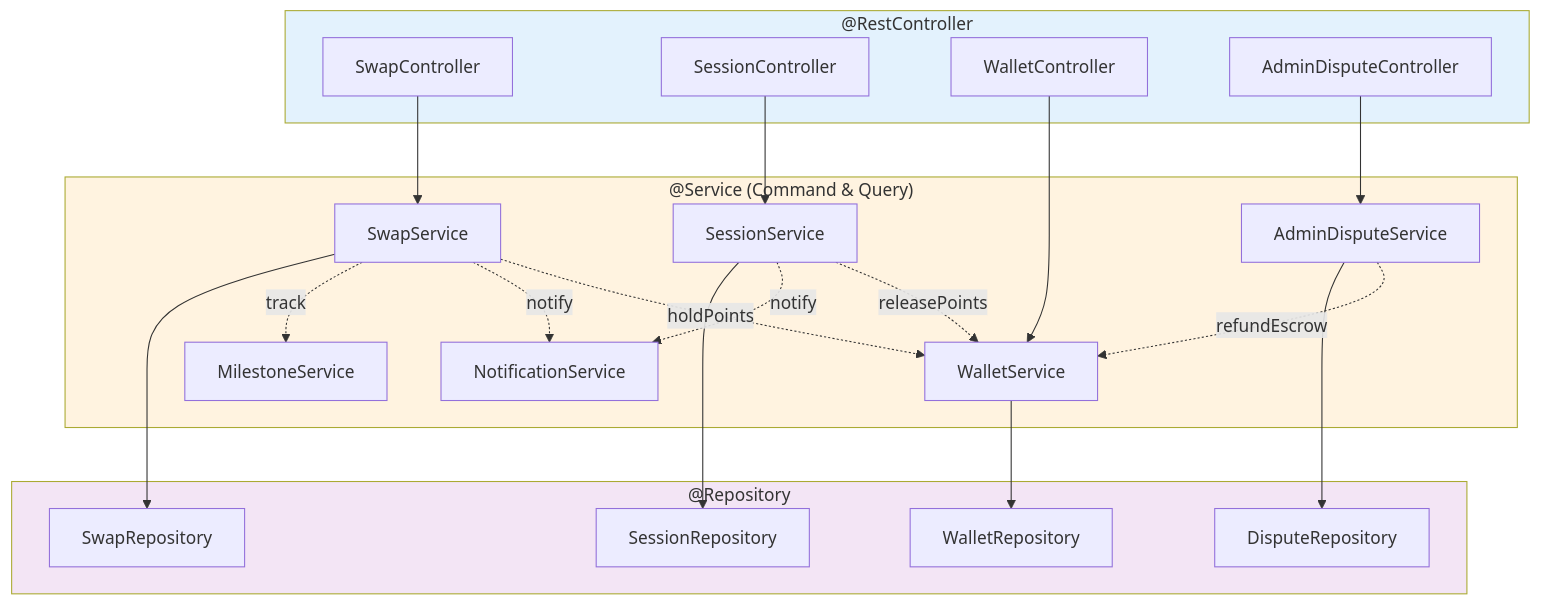
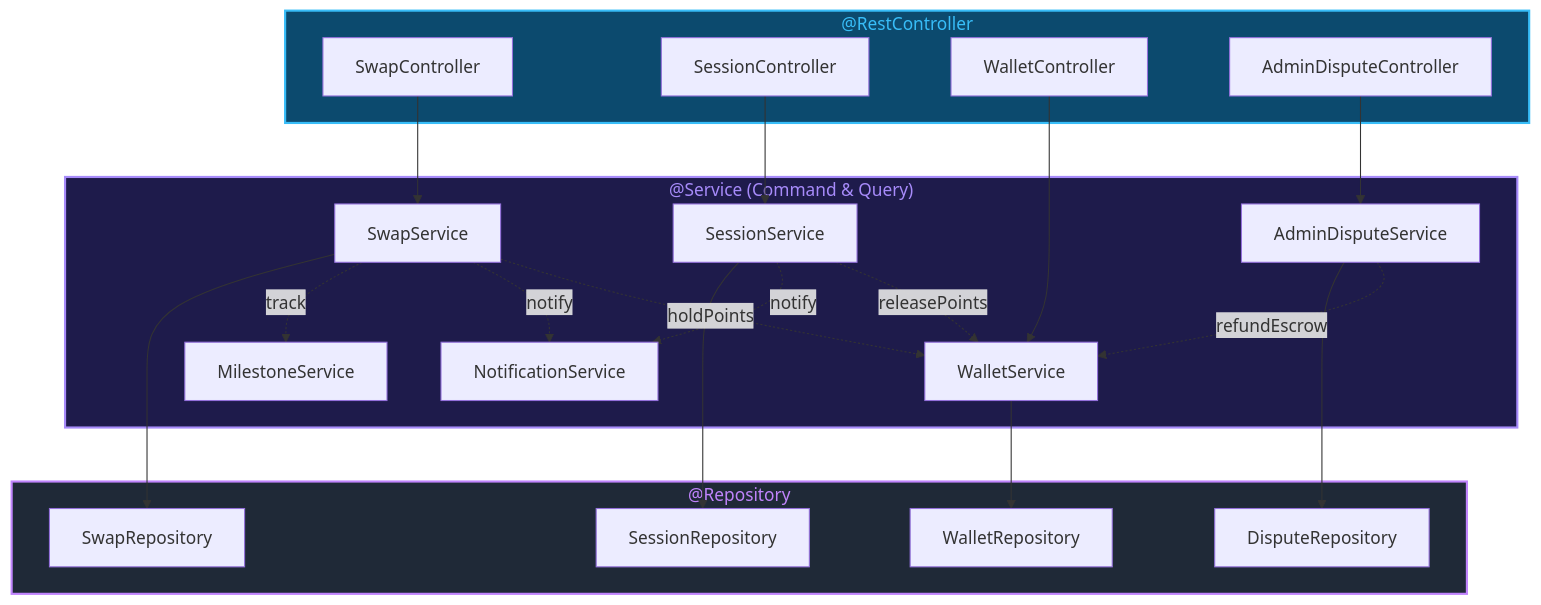
Before and after one commit to loucasty-cell/UIT-Java-Final-Project: the sixth of 21 diagrams in DEMO.md, drawn with Mermaid. The commit also changed other lines of this file, not shown here.

Commit message:
Fix: Correct 16 mermaid syntax errors in DEMO.md diagrams

````diff
--- a/DEMO.md
+++ b/DEMO.md
@@ -347,46 +527,46 @@
 ```mermaid
 graph TB
     subgraph Controllers["@RestController"]
-        SC["SwapController"]
-        SSC["SessionController"]
-        WC["WalletController"]
-        ADC["AdminDisputeController"]
+SC["SwapController"]
+SSC["SessionController"]
+WC["WalletController"]
+ADC["AdminDisputeController"]
     end
     
     subgraph Services["@Service (Command & Query)"]
-        SS["SwapService"]
-        SES["SessionService"]
-        WS["WalletService"]
-        NS["NotificationService"]
-        MS["MilestoneService"]
-        ADS["AdminDisputeService"]
+SS["SwapService"]
+SES["SessionService"]
+WS["WalletService"]
+NS["NotificationService"]
+MS["MilestoneService"]
+ADS["AdminDisputeService"]
     end
     
     subgraph Repos["@Repository"]
-        SWR["SwapRepository"]
-        SR["SessionRepository"]
-        WR["WalletRepository"]
-        DR["DisputeRepository"]
+SWR["SwapRepository"]
+SR["SessionRepository"]
+WR["WalletRepository"]
+DR["DisputeRepository"]
     end
     
     SC --> SS
     SSC --> SES
     WC --> WS
     ADC --> ADS
     
     SS -.->|holdPoints| WS
     SS -.->|notify| NS
     SS -.->|track| MS
     SES -.->|releasePoints| WS
     SES -.->|notify| NS
     ADS -.->|refundEscrow| WS
     
     SS --> SWR
     SES --> SR
     WS --> WR
     ADS --> DR
     
-    style Controllers fill:#e3f2fd
-    style Services fill:#fff3e0
-    style Repos fill:#f3e5f5
+    style Controllers fill:#0c4a6e,stroke:#38bdf8,stroke-width:2px,color:#38bdf8
+    style Services fill:#1e1b4b,stroke:#a78bfa,stroke-width:2px,color:#a78bfa
+    style Repos fill:#1f2937,stroke:#c084fc,stroke-width:2px,color:#c084fc
 ```
````
